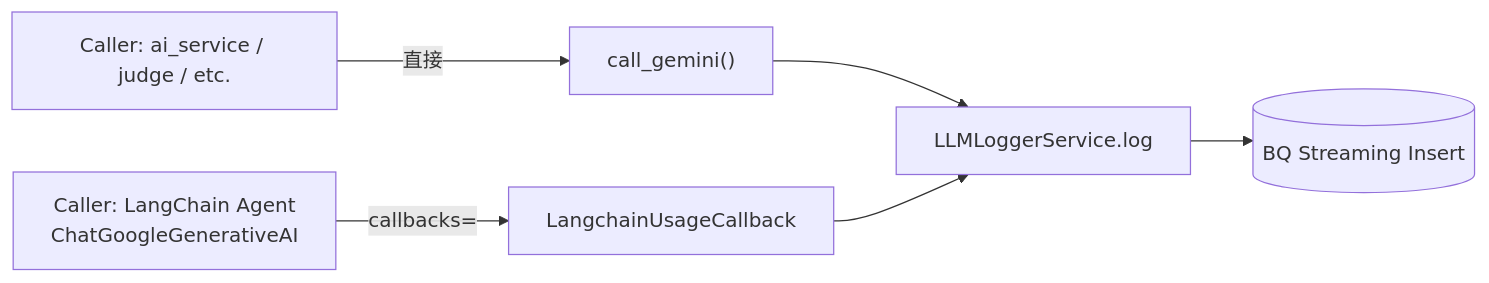
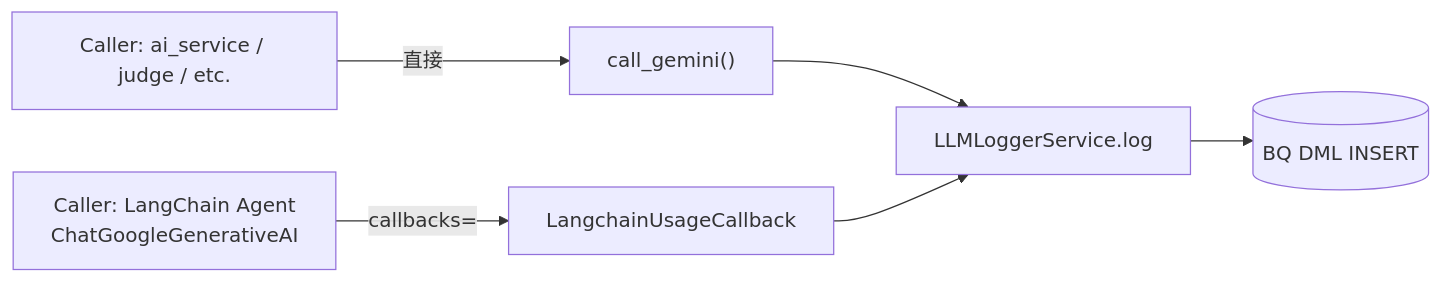
The second of 8 diagrams in README_ai_architecture.md (takeshimx/diamond-lens), drawn with Mermaid before and after one commit. The commit also changed other lines of this file and 4 other files, not shown here.

Commit message:
docs: document per-path judge criteria, DML writes, and judge review flow

````diff
--- a/README_ai_architecture.md
+++ b/README_ai_architecture.md
@@ -160,8 +160,8 @@
 ```mermaid
 flowchart LR
     A[Caller: ai_service / judge / etc.] -->|直接| Gateway["call_gemini()"]
     B[Caller: LangChain Agent<br/>ChatGoogleGenerativeAI] -->|callbacks=| LCCB[LangchainUsageCallback]
     Gateway --> Log[LLMLoggerService.log]
     LCCB --> Log
-    Log --> BQ[(BQ Streaming Insert)]
+    Log --> BQ[(BQ DML INSERT)]
 ```
````
